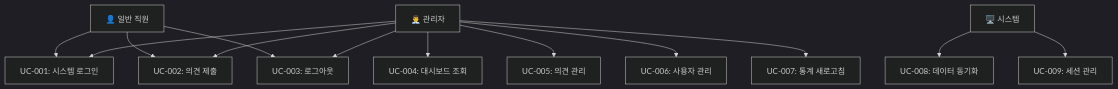
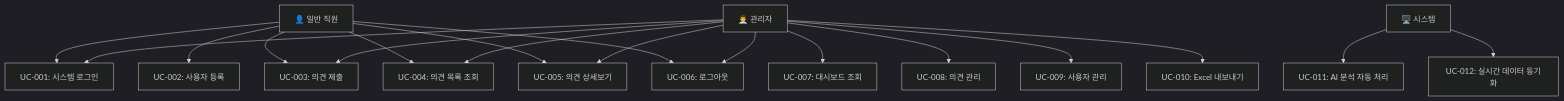
Before and after one commit to sodyfam/voice-iinsight-cursor: the diagram in doc/3)Use-case.md, drawn with Mermaid (dark theme). The commit also changed other lines of this file and 12 other files, not shown here.

````diff
--- a/doc/3)Use-case.md
+++ b/doc/3)Use-case.md
@@ -56,21 +58,26 @@
 ```mermaid
 graph TB
     Employee[👤 일반 직원]
     Admin[👨‍💼 관리자]
     System[🖥️ 시스템]
     
     Employee --> UC1[UC-001: 시스템 로그인]
-    Employee --> UC2[UC-002: 의견 제출]
-    Employee --> UC3[UC-003: 로그아웃]
+    Employee --> UC2[UC-002: 사용자 등록]
+    Employee --> UC3[UC-003: 의견 제출]
+    Employee --> UC4[UC-004: 의견 목록 조회]
+    Employee --> UC5[UC-005: 의견 상세보기]
+    Employee --> UC6[UC-006: 로그아웃]
     
     Admin --> UC1
-    Admin --> UC4[UC-004: 대시보드 조회]
-    Admin --> UC5[UC-005: 의견 관리]
-    Admin --> UC6[UC-006: 사용자 관리]
-    Admin --> UC7[UC-007: 통계 새로고침]
-    Admin --> UC2
+    Admin --> UC7[UC-007: 대시보드 조회]
+    Admin --> UC8[UC-008: 의견 관리]
+    Admin --> UC9[UC-009: 사용자 관리]
+    Admin --> UC10[UC-010: Excel 내보내기]
     Admin --> UC3
+    Admin --> UC4
+    Admin --> UC5
+    Admin --> UC6
     
-    System --> UC8[UC-008: 데이터 동기화]
-    System --> UC9[UC-009: 세션 관리]
+    System --> UC11[UC-011: AI 분석 자동 처리]
+    System --> UC12[UC-012: 실시간 데이터 동기화]
 ```
````
